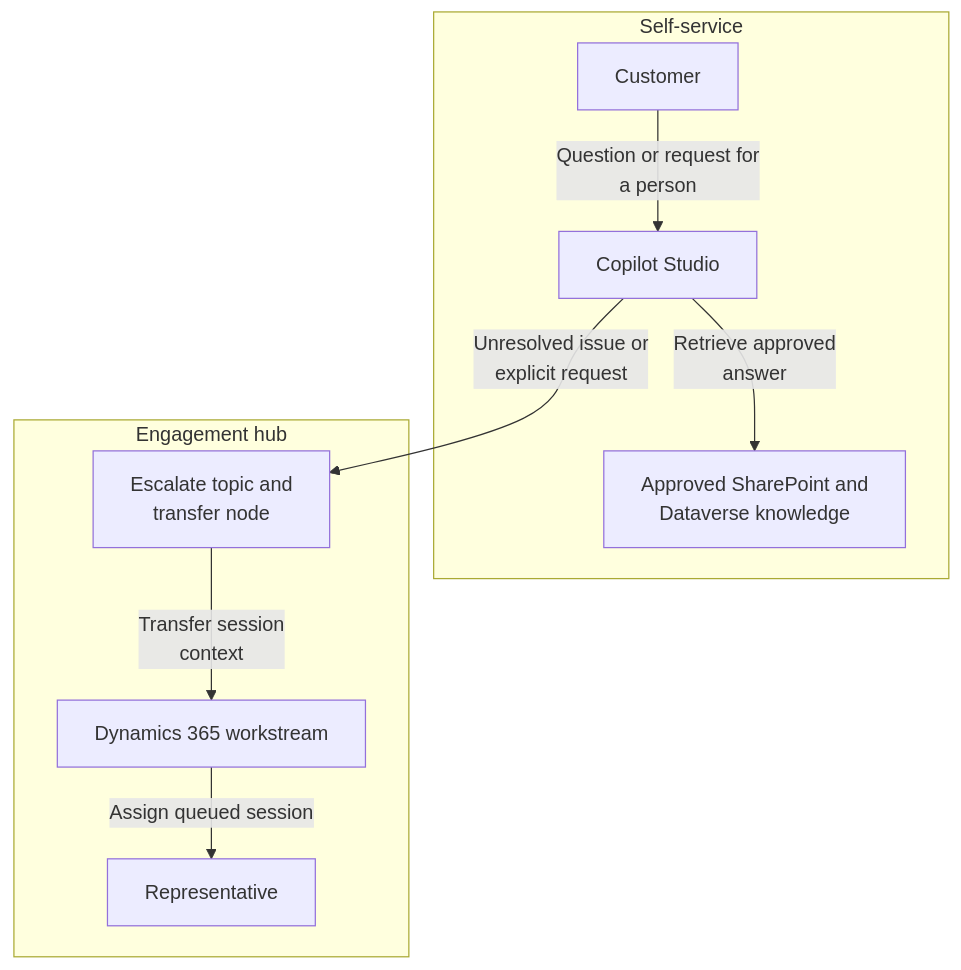
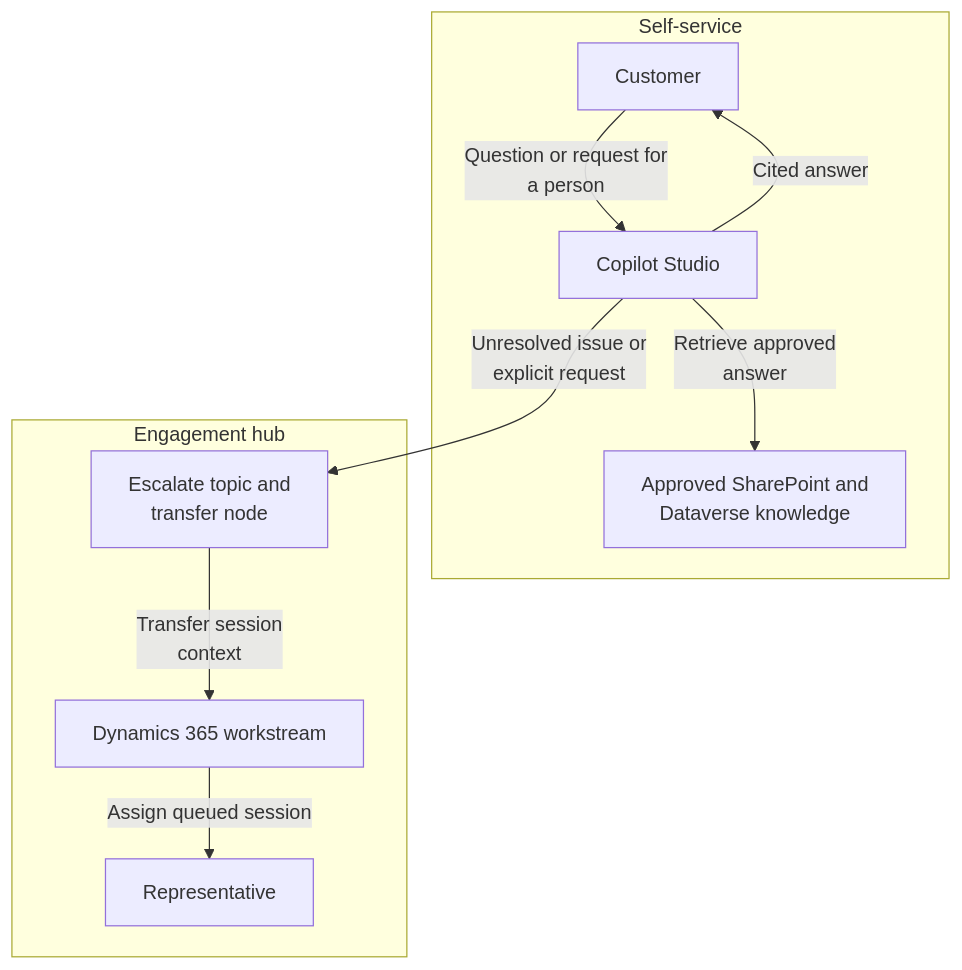
Before and after one commit to abhishek-ai-enabler/copilotstudio-architecture-patterns: the first of 2 diagrams in solution-ideas/customer-support.md, drawn with Mermaid. The commit also changed other lines of this file and 41 other files, not shown here.

First line of the commit message:
Review diagrams: add return paths and fix flow accuracy

````diff
--- a/solution-ideas/customer-support.md
+++ b/solution-ideas/customer-support.md
@@ -7,20 +7,21 @@
 ```mermaid
 flowchart TB
     accTitle: Resolve customer questions or transfer them into a Dynamics workstream - architecture
     accDescr: Approve a live transfer only when a configured hub and staffed workstream can accept it. Otherwise promise a tracked follow-up, not a connected representative.
     subgraph group0["Self-service"]
         U["Customer"]
         A["Copilot Studio"]
         K["Approved SharePoint and<br/>Dataverse knowledge"]
     end
     subgraph group3["Engagement hub"]
         T["Escalate topic and<br/>transfer node"]
         W["Dynamics 365 workstream"]
         H["Representative"]
     end
     U -->|"Question or request for<br/>a person"| A
     A -->|"Retrieve approved<br/>answer"| K
     A -->|"Unresolved issue or<br/>explicit request"| T
     T -->|"Transfer session<br/>context"| W
     W -->|"Assign queued session"| H
+    A -->|"Cited answer"| U
 ```
````
